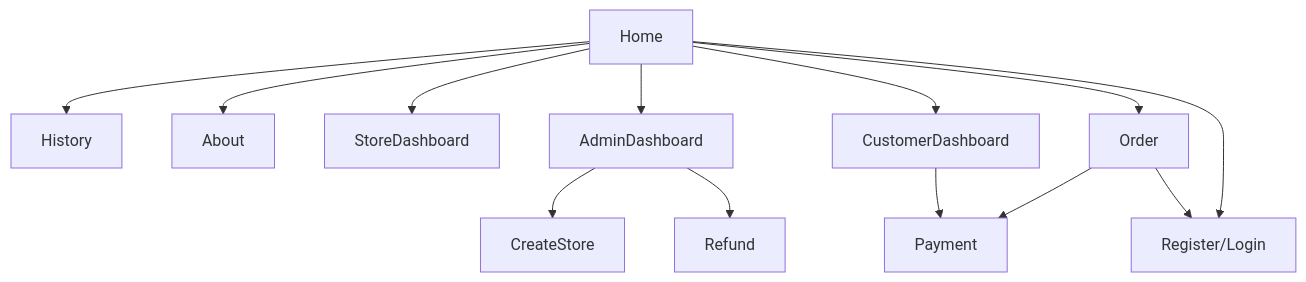
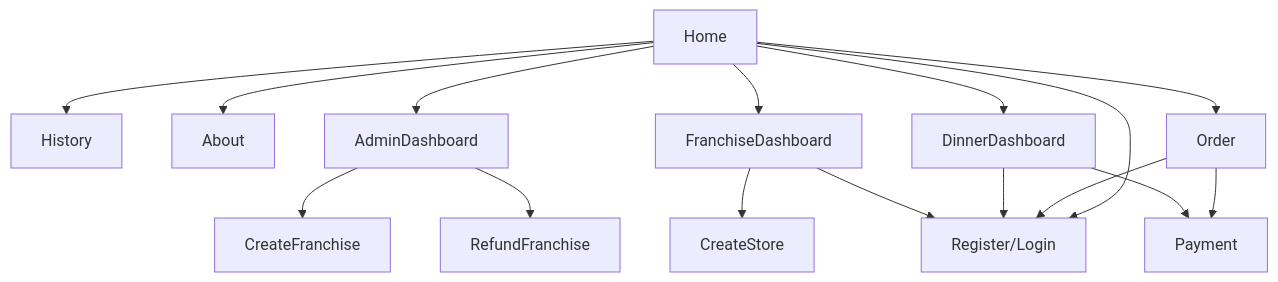
The first of 3 diagrams in workToDo.md (devops329/devops), drawn with Mermaid before and after one commit.

Commit message:
enhance(worktodo) frontend sitemap

````diff
--- a/workToDo.md
+++ b/workToDo.md
@@ -57,15 +57,18 @@
 ```mermaid
 graph TB;
     Home-->History
     Home-->About
-    Home-->StoreDashboard
     Home-->AdminDashboard
-    AdminDashboard-->CreateStore
-    AdminDashboard-->Refund
-    Home-->CustomerDashboard
-    CustomerDashboard-->Payment
+    AdminDashboard-->CreateFranchise
+    AdminDashboard-->RefundFranchise
+    Home-->FranchiseDashboard
+    FranchiseDashboard-->CreateStore
+    FranchiseDashboard-->Register/Login
+    Home-->DinnerDashboard
+    DinnerDashboard-->Register/Login
+    DinnerDashboard-->Payment
     Home-->Order
     Order-->Payment
     Order-->Register/Login
     Home-->Register/Login
 ```
````
